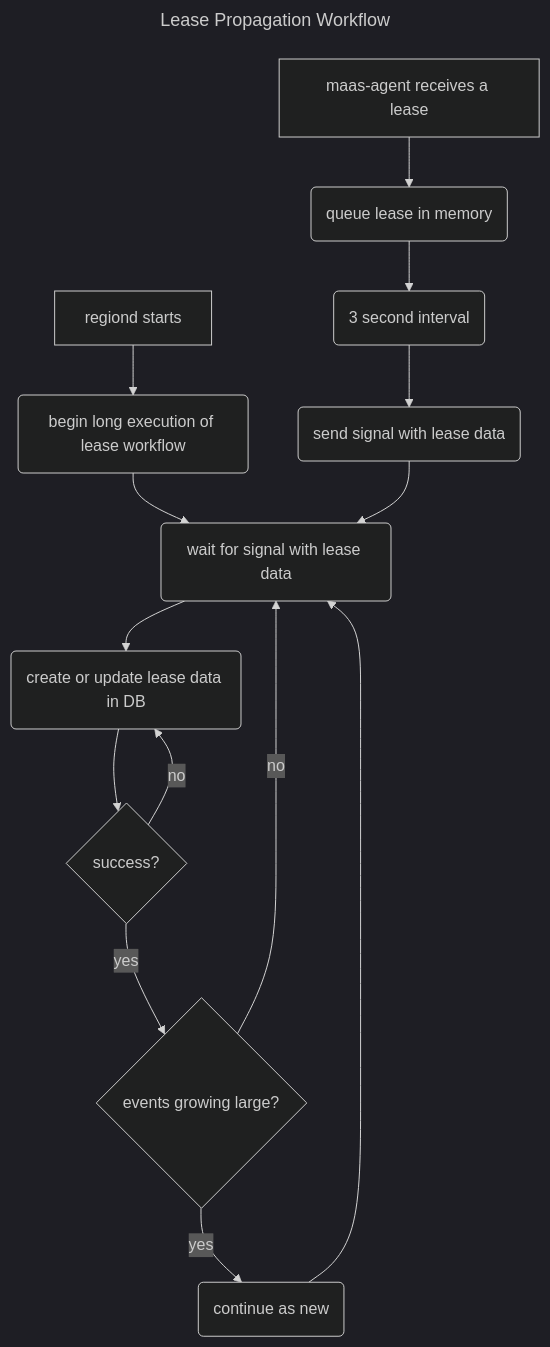
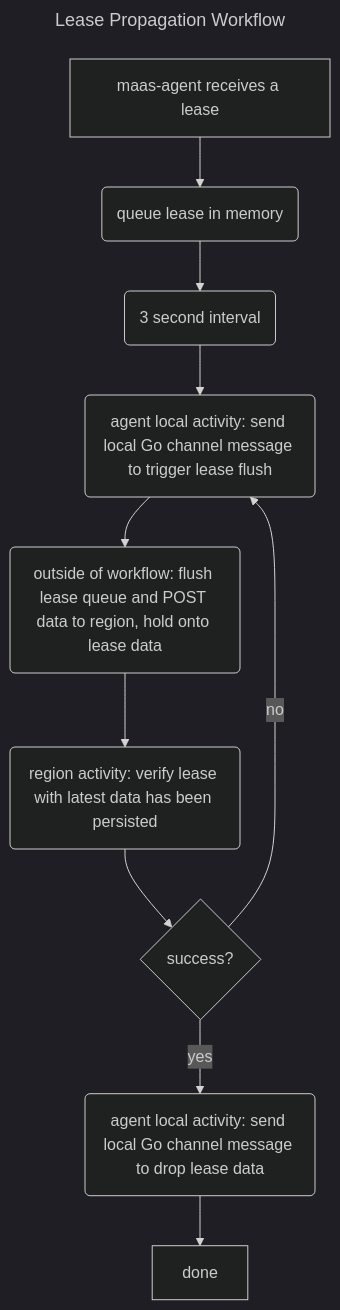
One commit to canonical/maas changed the diagram in workflows/dhcp/lease_propagation_flow.mmd. Above: the diagram before and after it, drawn with Mermaid (dark theme).

Commit message:
chore: modify lease propagation workflow diagram to reflect latest approach

```diff
--- a/workflows/dhcp/lease_propagation_flow.mmd
+++ b/workflows/dhcp/lease_propagation_flow.mmd
@@ -1,17 +1,13 @@
 ---
 title: Lease Propagation Workflow
 ---
 flowchart TD
     A[maas-agent receives a lease] --> B(queue lease in memory)
-    C[regiond starts] --> D(begin long execution of lease workflow)
-    D --> E(wait for signal with lease data)
-    B --> F(3 second interval)
-    F --> G(send signal with lease data)
-    G --> E
-    E --> H(create or update lease data in DB)
-    H --> I{success?}
-    I -->|yes| J{events growing large?}
-    I -->|no| H
-    J -->|yes| K(continue as new)
-    J -->|no| E
-    K --> E
+    B --> C(3 second interval)
+    C --> D(agent local activity: send local Go channel message to trigger lease flush)
+    D --> E(outside of workflow: flush lease queue and POST data to region, hold onto lease data)
+    E --> F(region activity: verify lease with latest data has been persisted)
+    F --> G{success?}
+    G -->|yes| H(agent local activity: send local Go channel message to drop lease data)
+    G -->|no| D
+    H --> I[done]
```
